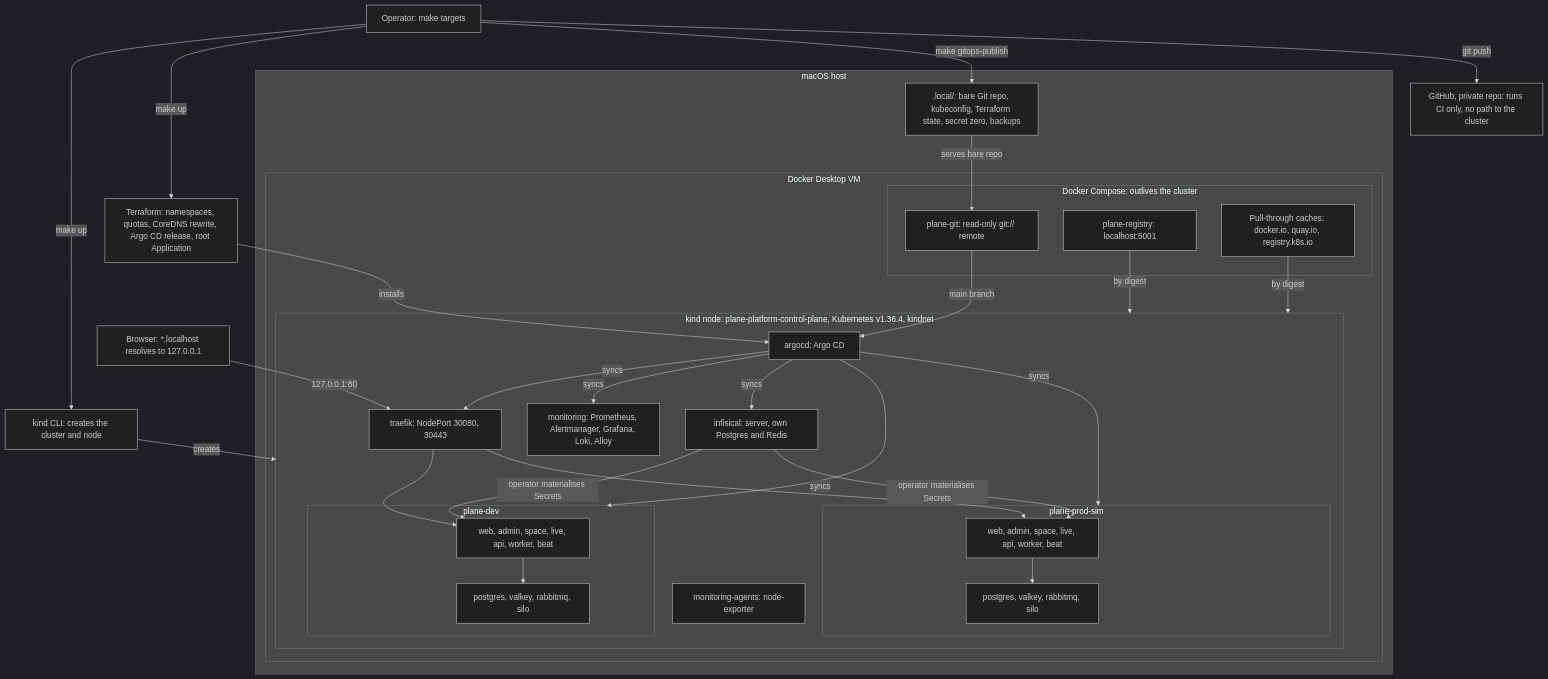
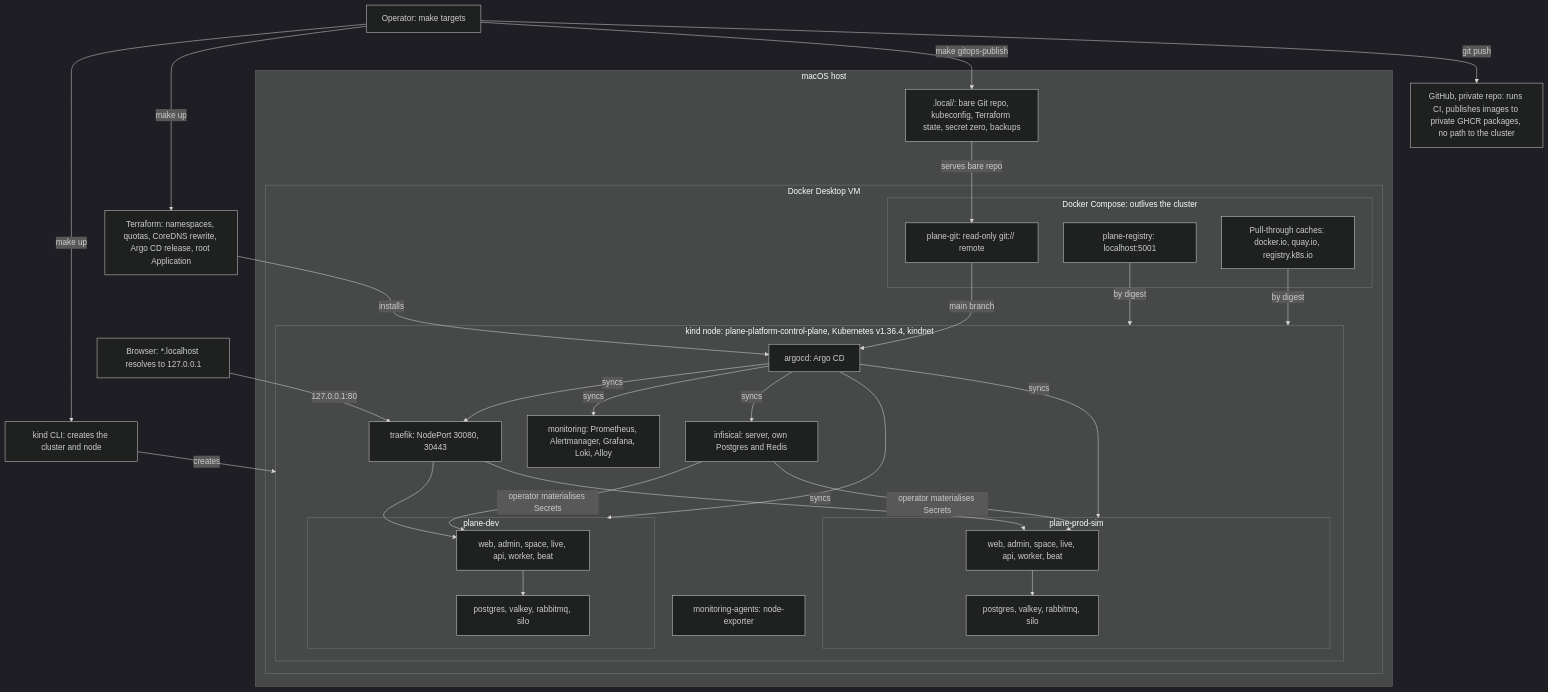
The diagram in README.md (BereketAbera/plane-platform), drawn with Mermaid (dark theme) before and after one commit. The commit also changed other lines of this file, not shown here.

Commit message:
docs(readme): state the final images, the runs since 00:53Z, GitHub and GHCR, and what each still does not prove

````diff
--- a/README.md
+++ b/README.md
@@ -53,57 +55,57 @@
 ```mermaid
 flowchart TB
-  gh["GitHub, private repo: runs CI only, no path to the cluster"]
+  gh["GitHub, private repo: runs CI, publishes images to private GHCR packages, no path to the cluster"]
   operator["Operator: make targets"]
   browser["Browser: *.localhost resolves to 127.0.0.1"]
   kindcli["kind CLI: creates the cluster and node"]
   tf["Terraform: namespaces, quotas, CoreDNS rewrite, Argo CD release, root Application"]
 
   subgraph host["macOS host"]
     state[".local/: bare Git repo, kubeconfig, Terraform state, secret zero, backups"]
     subgraph vm["Docker Desktop VM"]
       subgraph compose["Docker Compose: outlives the cluster"]
         git["plane-git: read-only git:// remote"]
         registry["plane-registry: localhost:5001"]
         mirrors["Pull-through caches: docker.io, quay.io, registry.k8s.io"]
       end
       subgraph node["kind node: plane-platform-control-plane, Kubernetes v1.36.4, kindnet"]
         traefik["traefik: NodePort 30080, 30443"]
         argo["argocd: Argo CD"]
         infisical["infisical: server, own Postgres and Redis"]
         monitoring["monitoring: Prometheus, Alertmanager, Grafana, Loki, Alloy"]
         agents["monitoring-agents: node-exporter"]
         subgraph dev["plane-dev"]
           devapp["web, admin, space, live, api, worker, beat"]
           devdata["postgres, valkey, rabbitmq, silo"]
         end
         subgraph sim["plane-prod-sim"]
           simapp["web, admin, space, live, api, worker, beat"]
           simdata["postgres, valkey, rabbitmq, silo"]
         end
       end
     end
   end
 
   operator -- "make up" --> kindcli
   operator -- "make up" --> tf
   kindcli -- "creates" --> node
   tf -- "installs" --> argo
   operator -- "make gitops-publish" --> state
   operator -- "git push" --> gh
   state -- "serves bare repo" --> git
   git -- "main branch" --> argo
   argo -- "syncs" --> traefik
   argo -- "syncs" --> monitoring
   argo -- "syncs" --> infisical
   argo -- "syncs" --> dev
   argo -- "syncs" --> sim
   infisical -- "operator materialises Secrets" --> devapp
   infisical -- "operator materialises Secrets" --> simapp
   devapp --> devdata
   simapp --> simdata
   browser -- "127.0.0.1:80" --> traefik
   traefik --> devapp
   traefik --> simapp
   registry -- "by digest" --> node
   mirrors -- "by digest" --> node
 ```
````
